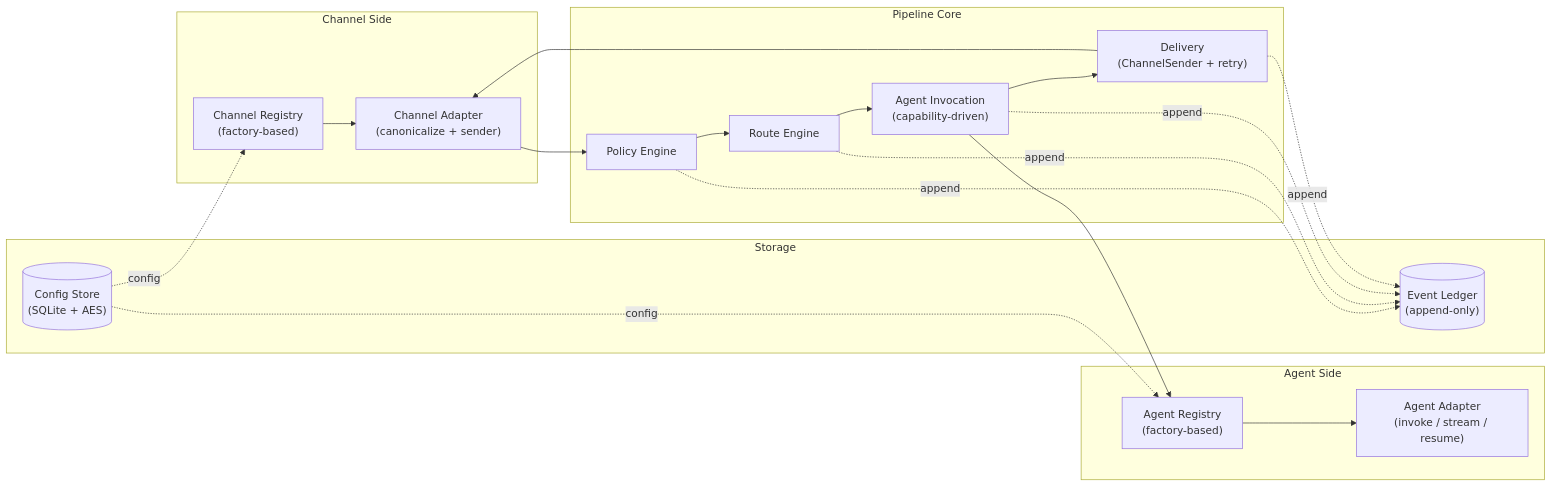
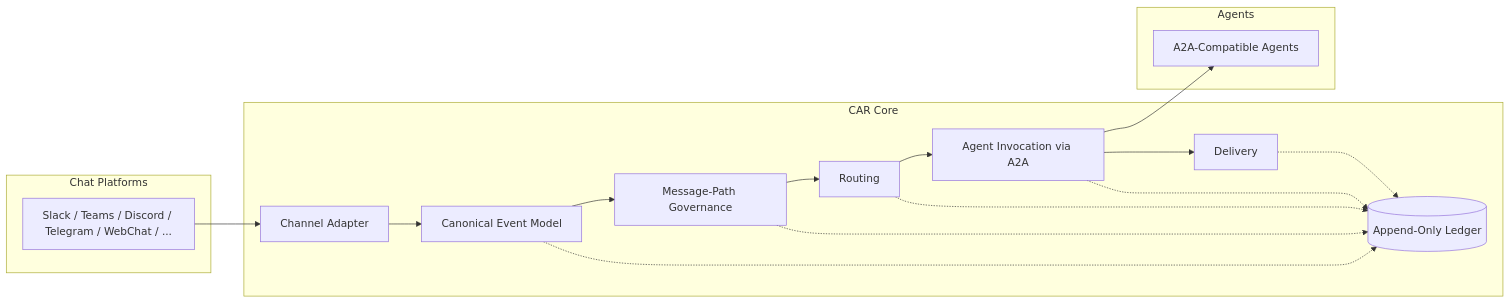
One commit to ChatAgentRelay/ChatAgentRelay changed the diagram in docs/rfcs/architecture/reference-architecture.md. Above: the diagram before and after it, drawn with Mermaid. The commit also changed other lines of this file and 30 other files, not shown here.

First line of the commit message:
docs: align relay positioning and architecture specs

````diff
--- a/docs/rfcs/architecture/reference-architecture.md
+++ b/docs/rfcs/architecture/reference-architecture.md
@@ -141,30 +122,28 @@
 ```mermaid
 flowchart LR
-    subgraph Ingress["Channel Side"]
-      CR["Channel Registry\n(factory-based)"]
-      CA["Channel Adapter\n(canonicalize + sender)"]
+    subgraph Channels["Chat Platforms"]
+      CP["Slack / Teams / Discord / Telegram / WebChat / ..."]
     end
 
-    subgraph Core["Pipeline Core"]
-      GOV["Policy Engine"]
-      RT["Route Engine"]
-      INV["Agent Invocation\n(capability-driven)"]
-      DL["Delivery\n(ChannelSender + retry)"]
+    subgraph CAR["CAR Core"]
+      CA["Channel Adapter"]
+      CE["Canonical Event Model"]
+      GOV["Message-Path Governance"]
+      RT["Routing"]
+      A2A["Agent Invocation via A2A"]
+      DL["Delivery"]
+      EL[("Append-Only Ledger")]
     end
 
-    subgraph Backend["Agent Side"]
-      AR["Agent Registry\n(factory-based)"]
-      AA["Agent Adapter\n(invoke / stream / resume)"]
+    subgraph Agents["Agents"]
+      AG["A2A-Compatible Agents"]
     end
 
-    subgraph Storage["Storage"]
-      EL[("Event Ledger\n(append-only)")]
-      CS[("Config Store\n(SQLite + AES)")]
-    end
-
-    CR --> CA --> GOV --> RT --> INV --> DL
-    INV --> AR --> AA
-    DL --> CA
-    GOV & RT & INV & DL -.->|append| EL
-    CS -.->|config| CR & AR
+    CP --> CA --> CE --> GOV --> RT --> A2A --> DL
+    A2A --> AG
+    CE -.-> EL
+    GOV -.-> EL
+    RT -.-> EL
+    A2A -.-> EL
+    DL -.-> EL
 ```
````
